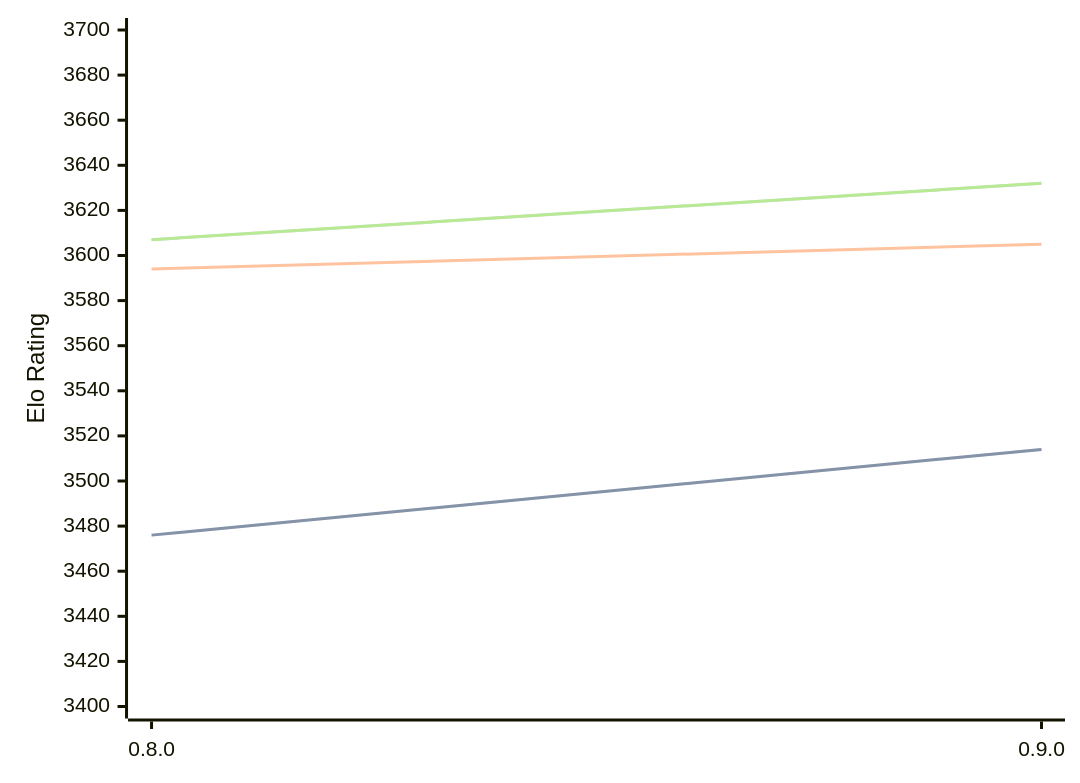
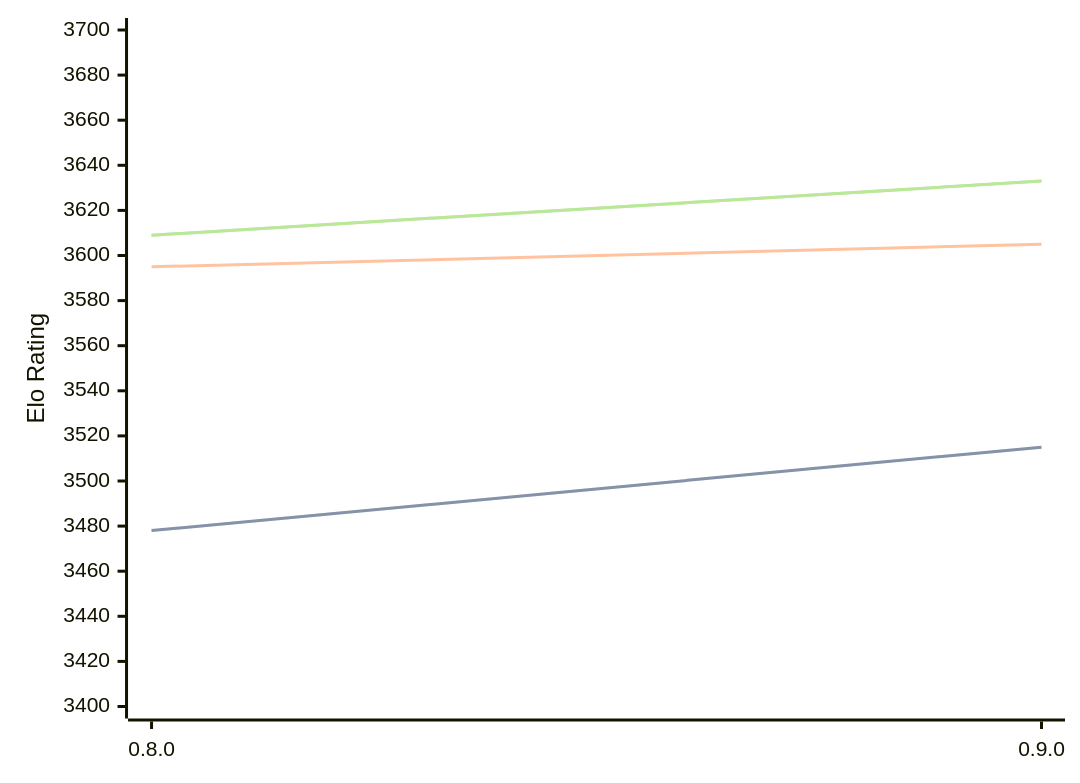
Before and after one commit to computer-chess-index/cci: the diagram in engines/Reckless.md, drawn with Mermaid. The commit also changed other lines of this file, not shown here.

Commit message:
Update CCI Ratings (ELO VLTC) - 2026-04-27

````diff
--- a/engines/Reckless.md
+++ b/engines/Reckless.md
@@ -39,11 +39,11 @@
 ```mermaid
 %%{init: {"theme":"base","themeVariables":{"seriesColors:['#a3a3a3','#222221','#faa371']}}}%%
 xychart-beta
   x-axis ["0.8.0", "0.9.0"]
   y-axis "Elo Rating" 3400 --> 3700
-  line "STC (8.0+0.08s)" [3476, 3514]
-  line "STC (8.0+0.08s)" [3476, 3514]
-  line "LTC (60.0+0.60s)" [3594, 3605]
-  line "VLTC (2m24s+1.12s)" [3607, 3632]
-  line "VLTC (2m24s+1.12s)" [3607, 3632]
+  line "STC (8.0+0.08s)" [3478, 3515]
+  line "STC (8.0+0.08s)" [3478, 3515]
+  line "LTC (60.0+0.60s)" [3595, 3605]
+  line "VLTC (2m24s+1.12s)" [3609, 3633]
+  line "VLTC (2m24s+1.12s)" [3609, 3633]
 ```
````
